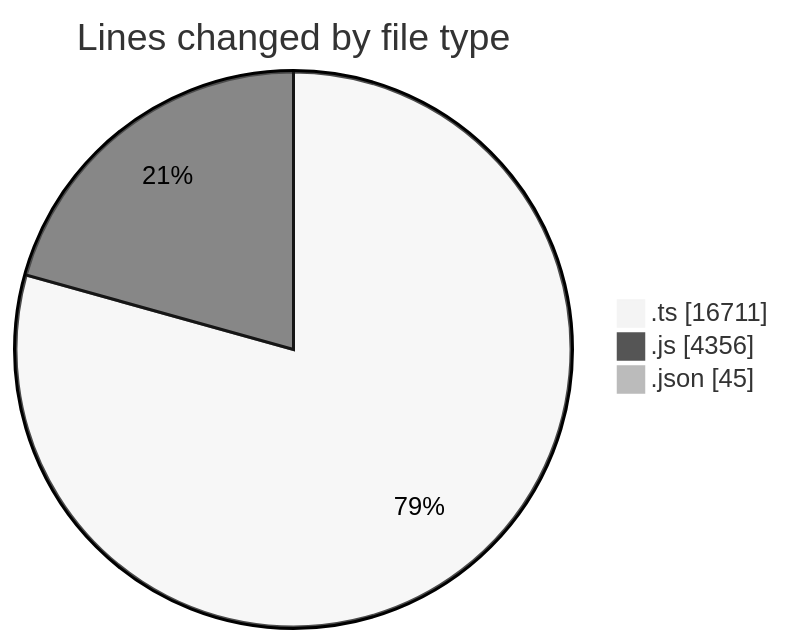
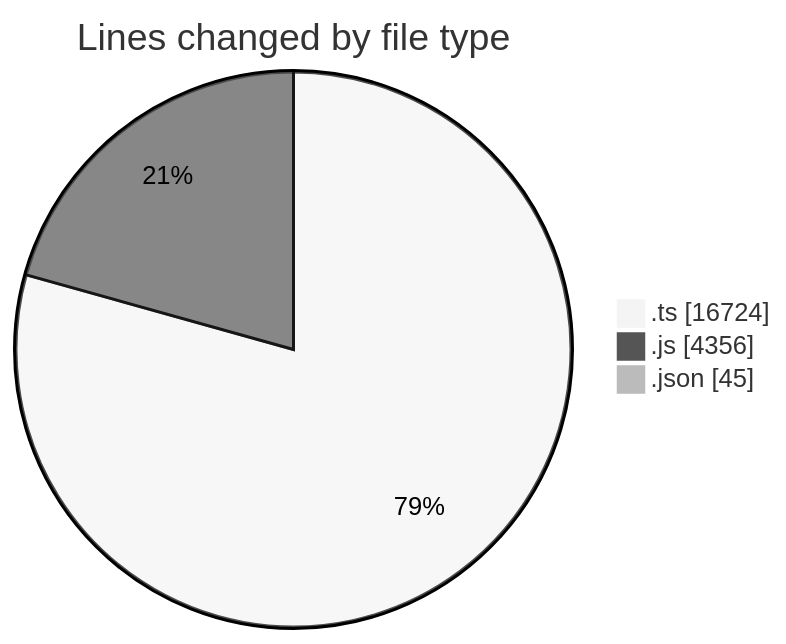
Before and after one commit to momahboobian/code-tracking: the first of 2 diagrams in 2025-07-29/cda/README.md, drawn with Mermaid (neutral theme). The commit also changed other lines of this file and 1 other file, not shown here.

````diff
--- a/2025-07-29/cda/README.md
+++ b/2025-07-29/cda/README.md
@@ -30,7 +30,7 @@
 ```mermaid
 pie showData
 title Lines changed by file type
-".ts" : 16711
+".ts" : 16724
 ".js" : 4356
 ".json" : 45
 ```
````
